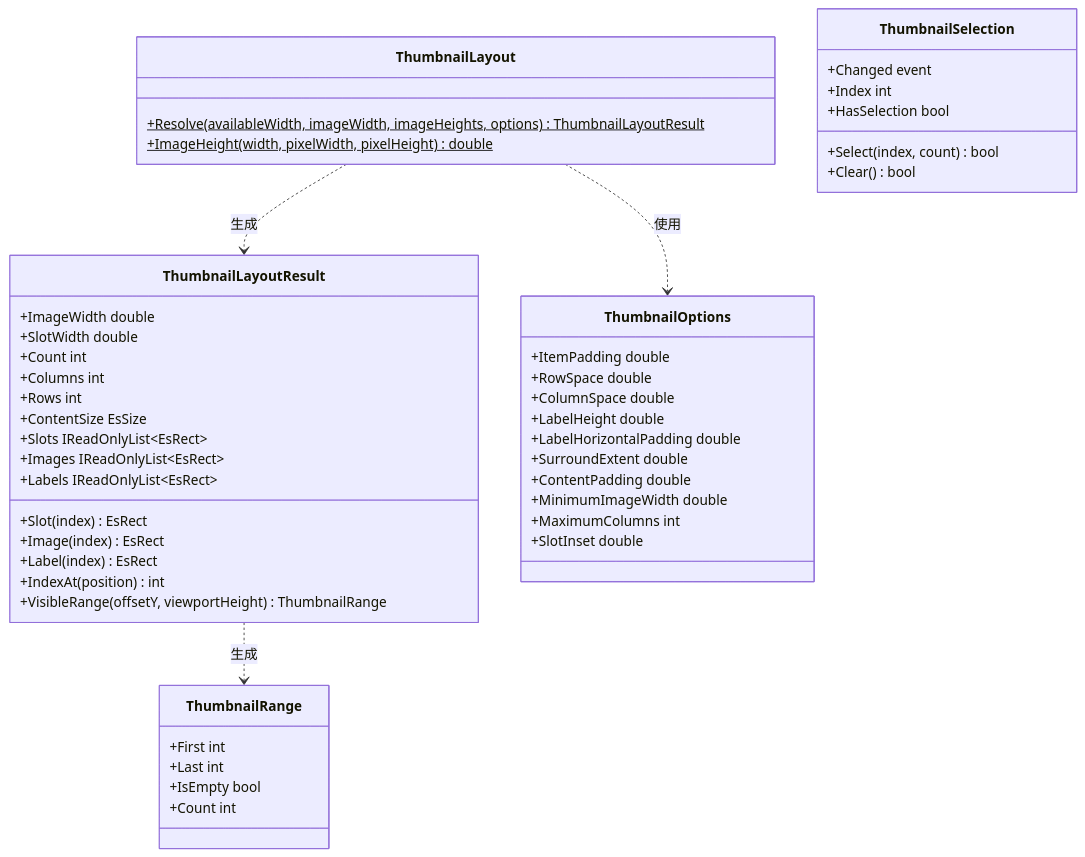
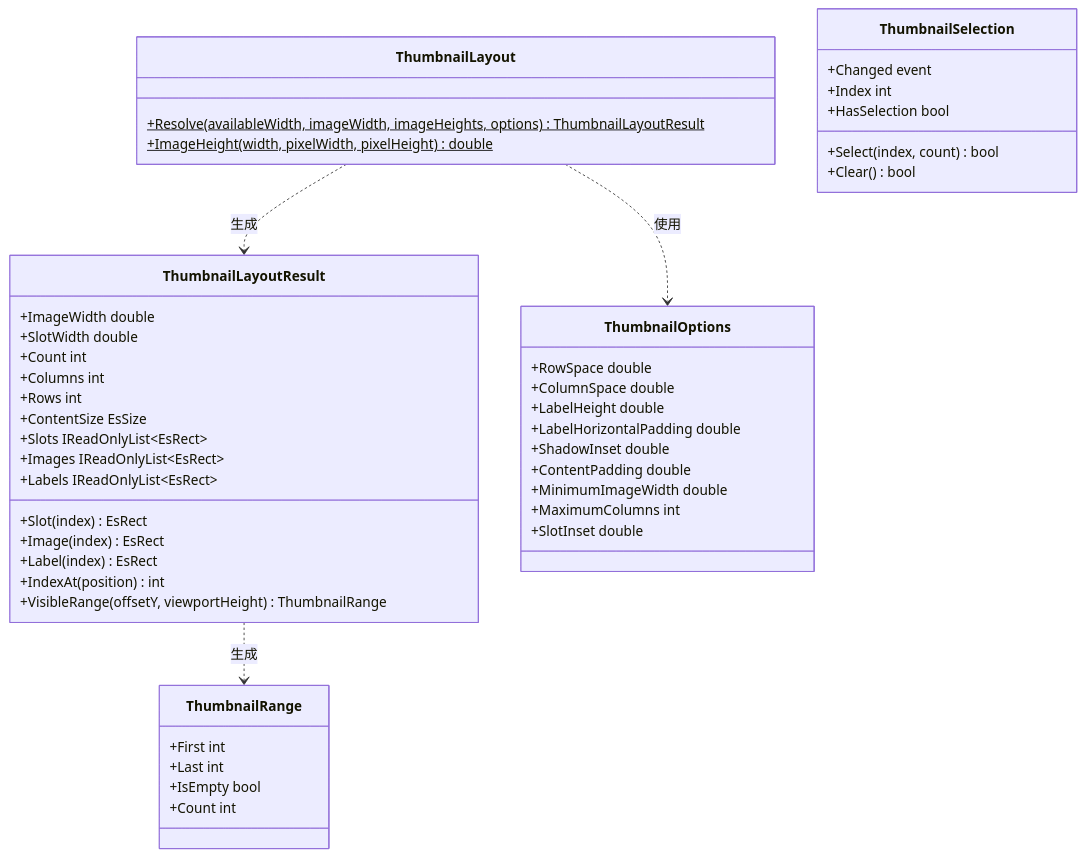
One commit to tomokuni/EsUtil changed the second of 3 diagrams in EsUtil/Feature.Thumbnail.Core/docs/SPEC_System.md. Above: the diagram before and after it, drawn with Mermaid. The commit also changed other lines of this file and 109 other files, not shown here.

````diff
--- a/EsUtil/Feature.Thumbnail.Core/docs/SPEC_System.md
+++ b/EsUtil/Feature.Thumbnail.Core/docs/SPEC_System.md
@@ -102,52 +102,51 @@
 ```mermaid
 classDiagram
     class ThumbnailLayout {
         +Resolve(availableWidth, imageWidth, imageHeights, options)$ ThumbnailLayoutResult
         +ImageHeight(width, pixelWidth, pixelHeight)$ double
     }
     class ThumbnailLayoutResult {
         +ImageWidth double
         +SlotWidth double
         +Count int
         +Columns int
         +Rows int
         +ContentSize EsSize
         +Slots IReadOnlyList~EsRect~
         +Images IReadOnlyList~EsRect~
         +Labels IReadOnlyList~EsRect~
         +Slot(index) EsRect
         +Image(index) EsRect
         +Label(index) EsRect
         +IndexAt(position) int
         +VisibleRange(offsetY, viewportHeight) ThumbnailRange
     }
     class ThumbnailOptions {
-        +ItemPadding double
         +RowSpace double
         +ColumnSpace double
         +LabelHeight double
         +LabelHorizontalPadding double
-        +SurroundExtent double
+        +ShadowInset double
         +ContentPadding double
         +MinimumImageWidth double
         +MaximumColumns int
         +SlotInset double
     }
     class ThumbnailSelection {
         +Changed event
         +Index int
         +HasSelection bool
         +Select(index, count) bool
         +Clear() bool
     }
     class ThumbnailRange {
         +First int
         +Last int
         +IsEmpty bool
         +Count int
     }
 
     ThumbnailLayout ..> ThumbnailLayoutResult : 生成
     ThumbnailLayout ..> ThumbnailOptions : 使用
     ThumbnailLayoutResult ..> ThumbnailRange : 生成
 ```
````
